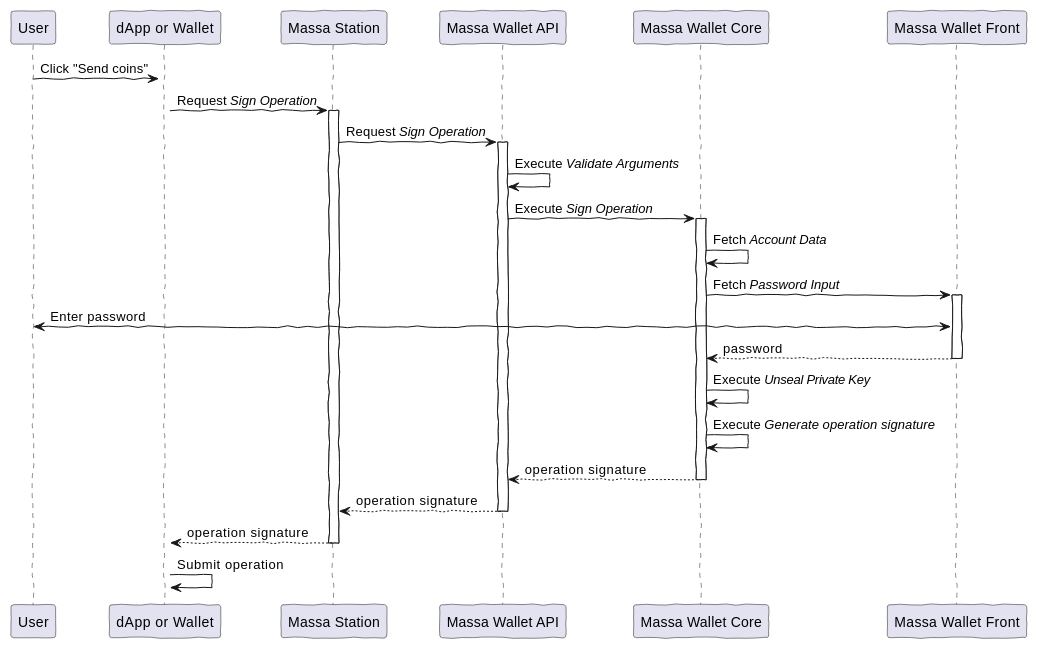
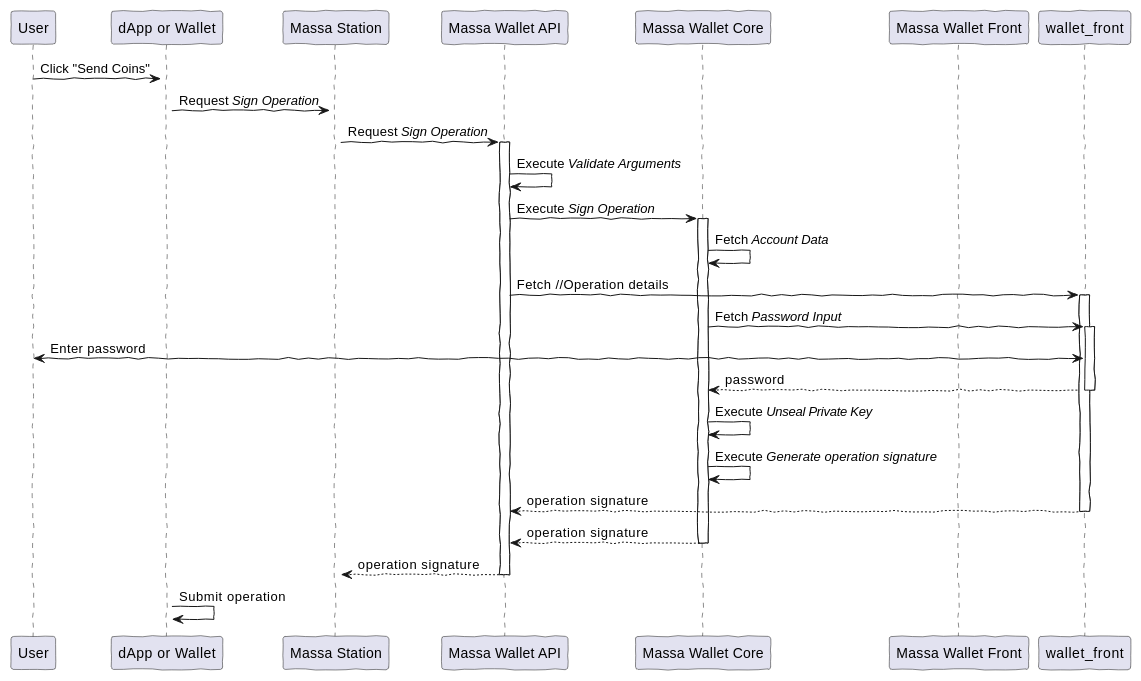
Before and after one commit to massalabs/station-massa-wallet: the second of 5 diagrams in documentation/wallet.adoc, drawn with PlantUML. The commit also changed other lines of this file, not shown here.

```diff
--- a/documentation/wallet.adoc
+++ b/documentation/wallet.adoc
@@ -208,29 +209,31 @@
 [plantuml, format="svg", id="sign-operation", width="100%", role="center-image", options="interactive"]
 ----
 @startuml
 skinparam handwritten true
 
 participant "User" as user
 participant "dApp or Wallet" as dapp
 participant "Massa Station" as station
 participant "Massa Wallet API" as wallet_api
 participant "Massa Wallet Core" as wallet_core
 participant "Massa Wallet Front" as wallet_embedded_front
 
-user -> dapp ++ : Click "Send coins"
+user -> dapp ++ : Click "Send Coins"
     dapp -> station ++: Request //Sign Operation//
         station -> wallet_api ++: Request //Sign Operation//
         wallet_api -> wallet_api: Execute //Validate Arguments//
             wallet_api -> wallet_core ++: Execute //Sign Operation//
             wallet_core -> wallet_core: Fetch //Account Data//
-                wallet_core -> wallet_embedded_front ++: Fetch //Password Input//
-                wallet_embedded_front <-> user: Enter password
+                wallet_api -> wallet_front ++: Fetch //Operation details
+
+                wallet_core -> wallet_front ++: Fetch //Password Input//
+                wallet_front <-> user: Enter password
                 return password
             wallet_core -> wallet_core: Execute //Unseal Private Key//
             wallet_core -> wallet_core: Execute //Generate operation signature//
             return operation signature
         return operation signature
     return operation signature
     dapp -> dapp: Submit operation
 @enduml
 ----
```
